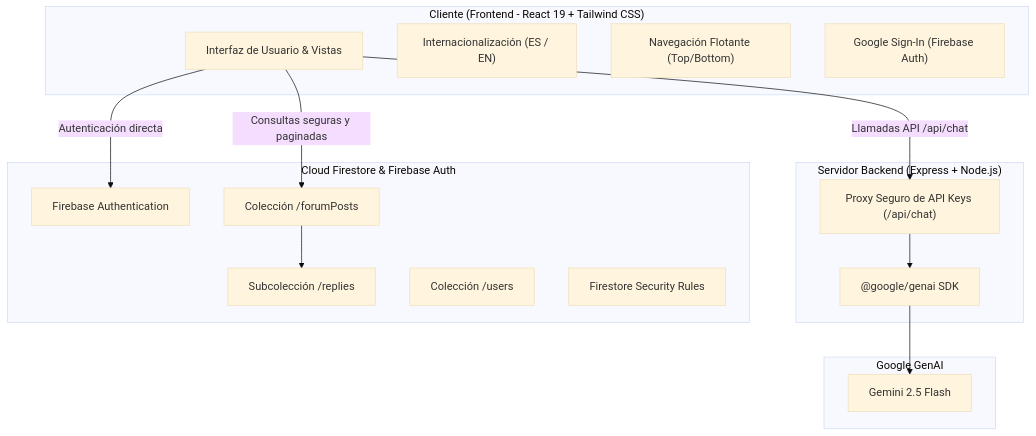
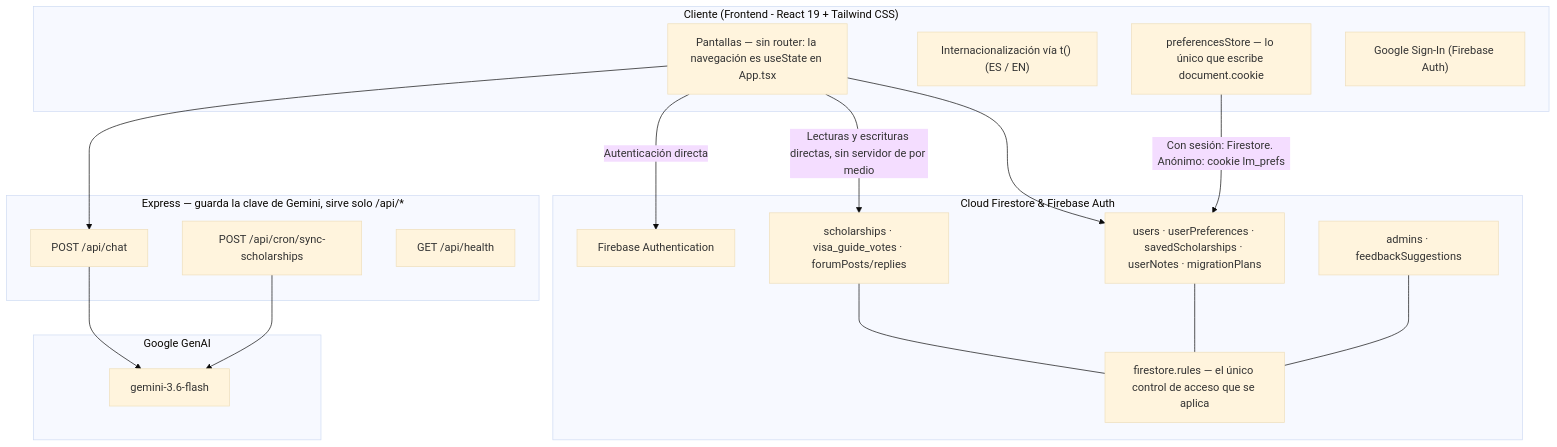
One commit to ana-izaguirre/latino-migra changed the diagram in README.es.md. Above: the diagram before and after it, drawn with Mermaid (base theme). The commit also changed other lines of this file and 1 other file, not shown here.

````diff
--- a/README.es.md
+++ b/README.es.md
@@ -42,33 +57,38 @@
 ```mermaid
 graph TD
     subgraph Client["Cliente (Frontend - React 19 + Tailwind CSS)"]
-        UI["Interfaz de Usuario & Vistas"]
-        i18n["Internacionalización (ES / EN)"]
-        ScrollNav["Navegación Flotante (Top/Bottom)"]
+        UI["Pantallas — sin router: la navegación es useState en App.tsx"]
+        i18n["Internacionalización vía t() (ES / EN)"]
+        Prefs["preferencesStore — lo único que escribe document.cookie"]
         AuthUI["Google Sign-In (Firebase Auth)"]
     end
 
-    subgraph Server["Servidor Backend (Express + Node.js)"]
-        Proxy["Proxy Seguro de API Keys (/api/chat)"]
-        GeminiSDK["@google/genai SDK"]
+    subgraph Server["Express — guarda la clave de Gemini, sirve solo /api/*"]
+        Chat["POST /api/chat"]
+        Cron["POST /api/cron/sync-scholarships"]
+        Health["GET /api/health"]
     end
 
     subgraph FirebaseCloud["Cloud Firestore & Firebase Auth"]
         AuthService["Firebase Authentication"]
-        PostsCol["Colección /forumPosts"]
-        RepliesSub["Subcolección /replies"]
-        UsersCol["Colección /users"]
-        Rules["Firestore Security Rules"]
+        Content["scholarships · visa_guide_votes · forumPosts/replies"]
+        UserData["users · userPreferences · savedScholarships · userNotes · migrationPlans"]
+        Ops["admins · feedbackSuggestions"]
+        Rules["firestore.rules — el único control de acceso que se aplica"]
     end
 
     subgraph AI["Google GenAI"]
-        GeminiModel["Gemini 2.5 Flash"]
+        GeminiModel["gemini-3.6-flash"]
     end
 
-    UI -->|Llamadas API /api/chat| Proxy
+    UI --> Chat
     UI -->|Autenticación directa| AuthService
-    UI -->|Consultas seguras y paginadas| PostsCol
-    PostsCol --> RepliesSub
-    Proxy --> GeminiSDK
-    GeminiSDK --> GeminiModel
+    UI -->|Lecturas y escrituras directas, sin servidor de por medio| Content
+    UI --> UserData
+    Prefs -->|Con sesión: Firestore. Anónimo: cookie lm_prefs| UserData
+    Content --- Rules
+    UserData --- Rules
+    Ops --- Rules
+    Chat --> GeminiModel
+    Cron --> GeminiModel
 ```
````
